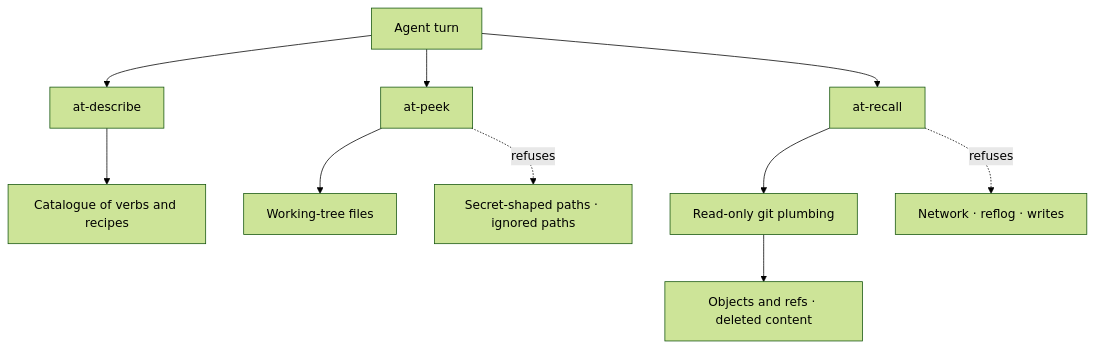
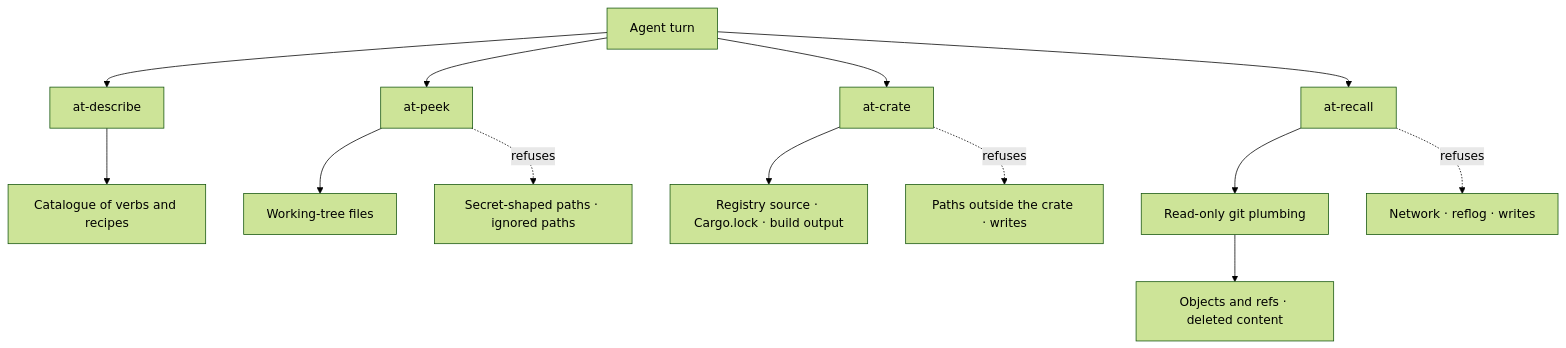
Before and after one commit to defrag-au/agent-playbook: the diagram in docs/inspection-tools.md, drawn with Mermaid (forest theme). The commit also changed other lines of this file and 74 other files, not shown here.

````diff
--- a/docs/inspection-tools.md
+++ b/docs/inspection-tools.md
@@ -73,12 +76,15 @@
 ```mermaid
 graph TD
     Turn[Agent turn] --> D[at-describe]
     Turn --> P[at-peek]
+    Turn --> C[at-crate]
     Turn --> R[at-recall]
     D --> Cat[Catalogue of verbs and recipes]
     P --> Files[Working-tree files]
     P -. refuses .-> Secret[Secret-shaped paths · ignored paths]
+    C --> Crates[Registry source · Cargo.lock · build output]
+    C -. refuses .-> Outside[Paths outside the crate · writes]
     R --> Git[Read-only git plumbing]
     Git --> Obj[Objects and refs · deleted content]
     R -. refuses .-> Net[Network · reflog · writes]
 ```
````
